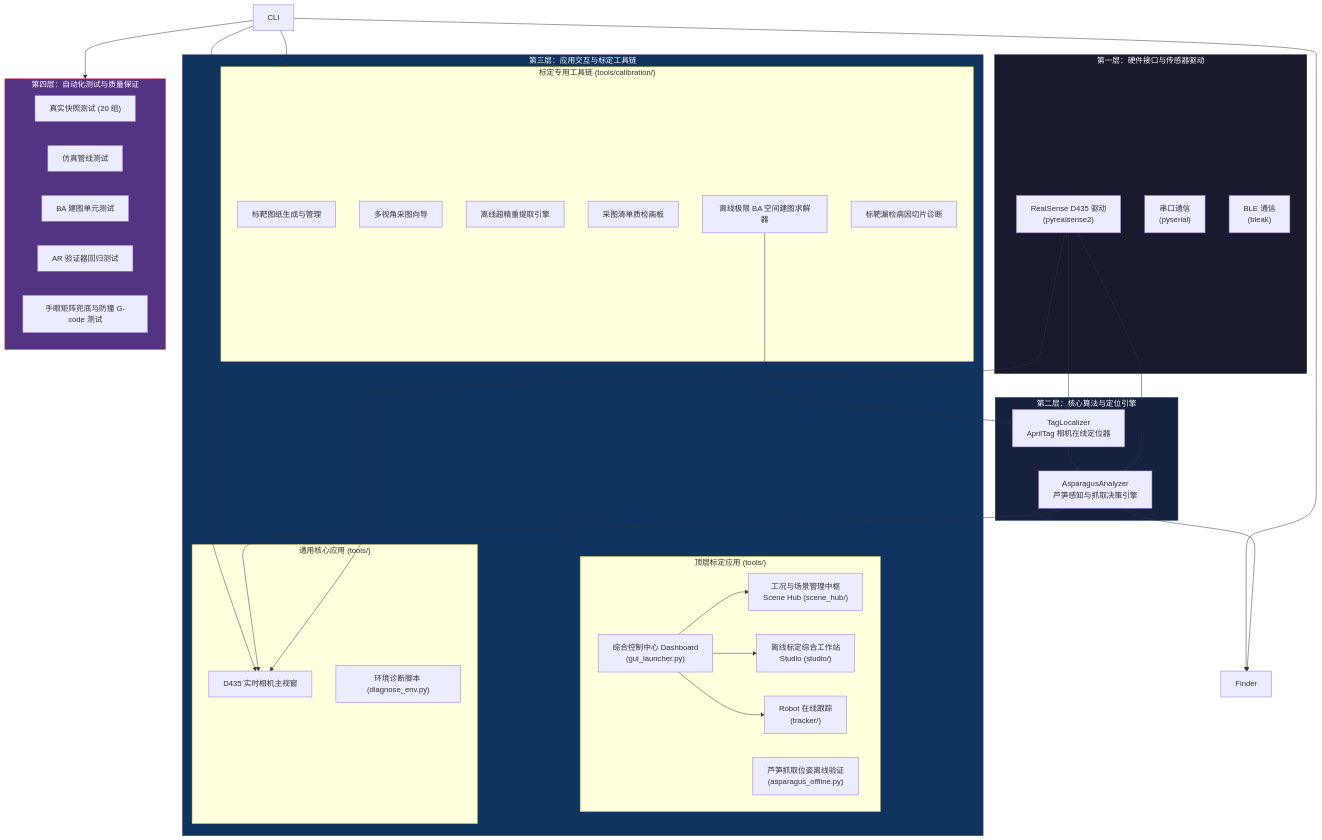
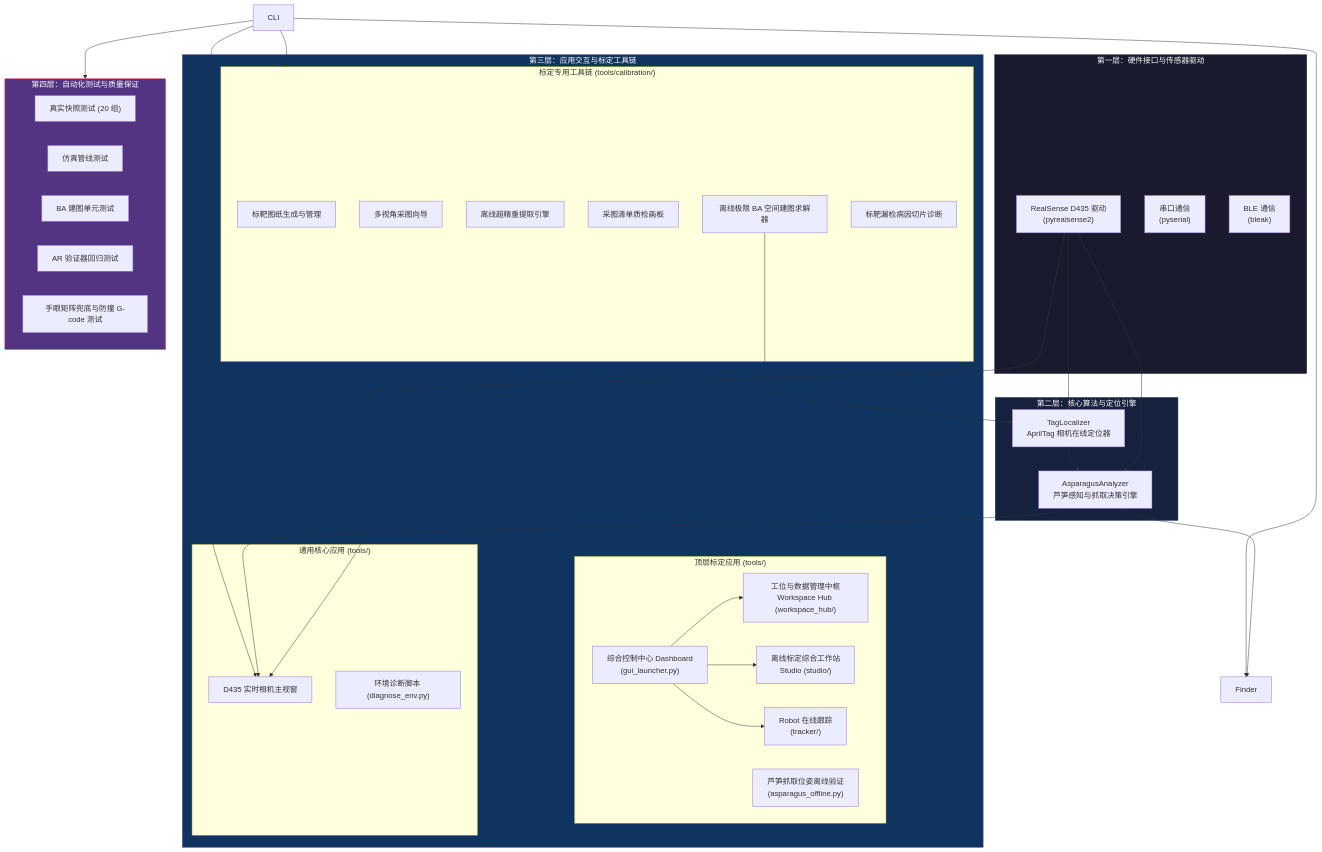
One commit to voicevon/flux_vision_3d changed the first of 2 diagrams in docs/architecture.md. Above: the diagram before and after it, drawn with Mermaid. The commit also changed other lines of this file and 23 other files, not shown here.

````diff
--- a/docs/architecture.md
+++ b/docs/architecture.md
@@ -12,63 +12,63 @@
 ```mermaid
 graph TD
     subgraph L1["第一层：硬件接口与传感器驱动"]
         Camera["RealSense D435 驱动<br>(pyrealsense2)"]
         Serial["串口通信<br>(pyserial)"]
         BLE["BLE 通信<br>(bleak)"]
     end
 
     subgraph L2["第二层：核心算法与定位引擎"]
         Analyzer["AsparagusAnalyzer<br>芦笋感知与抓取决策引擎"]
         Localizer["TagLocalizer<br>AprilTag 相机在线定位器"]
     end
 
     subgraph L3["第三层：应用交互与标定工具链"]
         subgraph L3_App["顶层标定应用 (tools/)"]
             Dashboard["综合控制中心 Dashboard<br>(gui_launcher.py)"]
-            Hub["工况与场景管理中枢<br>Scene Hub (scene_hub/)"]
+            Hub["工位与数据管理中枢<br>Workspace Hub (workspace_hub/)"]
             Studio["离线标定综合工作站<br>Studio (studio/)"]
             Asparagus["芦笋抓取位姿离线验证<br>(asparagus_offline.py)"]
             Tracker["Robot 在线跟踪<br>(tracker/)"]
         end
         subgraph L3_Core["通用核心应用 (tools/)"]
             Viewer["D435 实时相机主视窗"]
             Diag["环境诊断脚本 (diagnose_env.py)"]
         end
         subgraph L3_Calib["标定专用工具链 (tools/calibration/)"]
             TagGen["标靶图纸生成与管理"]
             Wizard["多视角采图向导"]
             Extractor["离线超精重提取引擎"]
             Reviewer["采图清单质检画板"]
             MapBuilder["离线极限 BA 空间建图求解器"]
             Diagnose["标靶漏检病因切片诊断"]
         end
     end
 
     subgraph L4["第四层：自动化测试与质量保证"]
         TestReal["真实快照测试 (20 组)"]
         TestMock["仿真管线测试"]
         TestMap["BA 建图单元测试"]
         TestVerifier["AR 验证器回归测试"]
         TestHandEye["手眼矩阵兜底与防撞 G-code 测试"]
     end
 
     Camera --> Analyzer
     Camera --> Localizer
     Camera --> Viewer
     Analyzer --> Finder
     Analyzer --> Viewer
     Localizer --> Analyzer
     MapBuilder --> Localizer
     Dashboard --> Hub
     Dashboard --> Studio
     Dashboard --> Tracker
     CLI --> Viewer
     CLI --> Finder
     CLI --> L3_Calib
     CLI --> L4
 
     style L1 fill:#1a1a2e,stroke:#16213e,color:#fff
     style L2 fill:#16213e,stroke:#0f3460,color:#fff
     style L3 fill:#0f3460,stroke:#533483,color:#fff
     style L4 fill:#533483,stroke:#e94560,color:#fff
 ```
````
